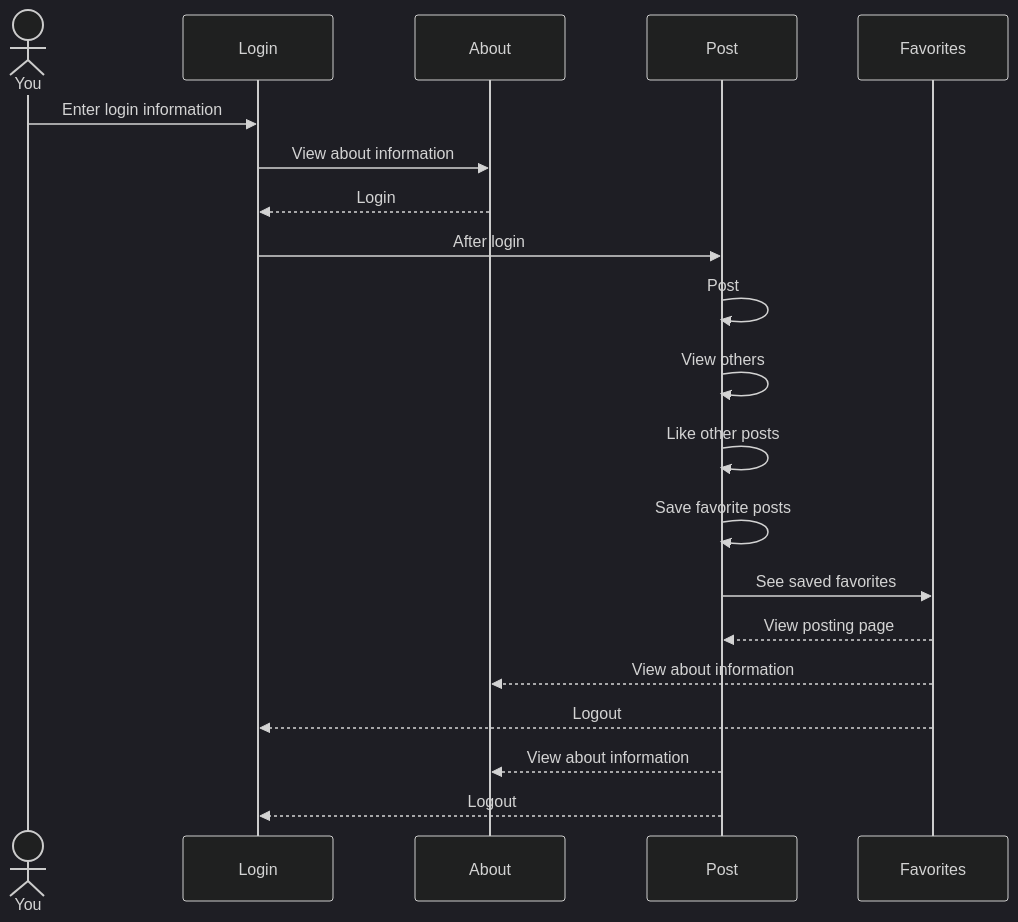
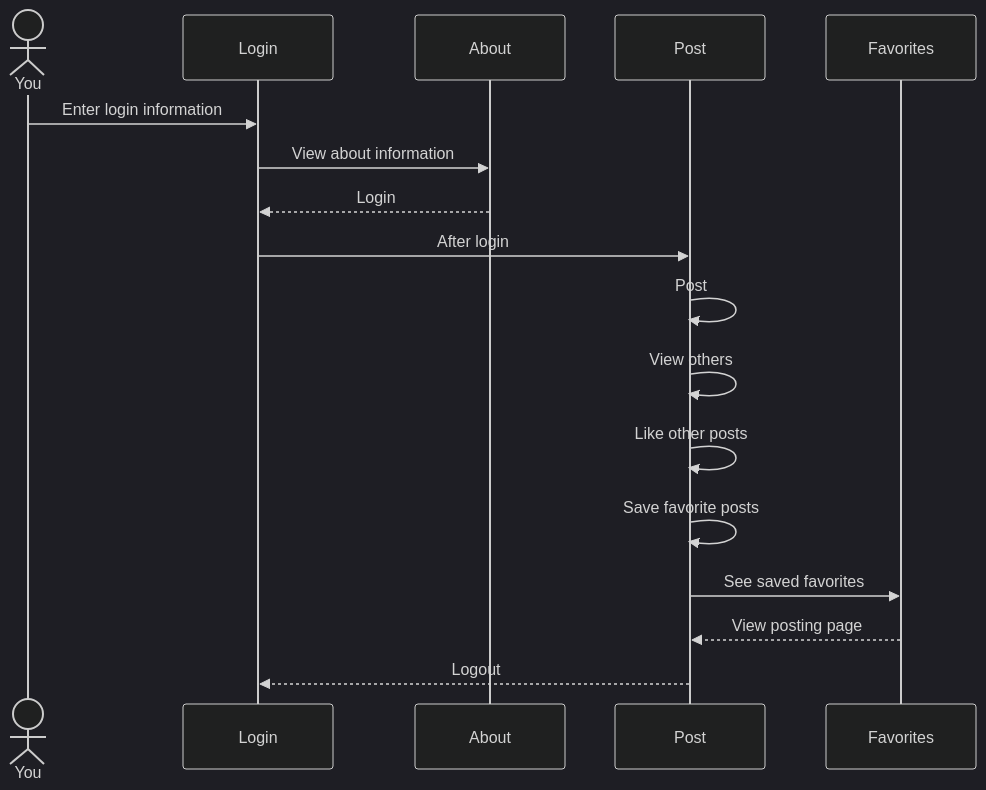
One commit to emerymaxwell8/startup changed the diagram in README.md. Above: the diagram before and after it, drawn with Mermaid (dark theme).

Commit message:
Update sequenceDiagram without extra movements

````diff
--- a/README.md
+++ b/README.md
@@ -39,18 +39,15 @@
 ```mermaid
 sequenceDiagram
     actor You
     You->>Login: Enter login information
     Login->>About: View about information
     About-->>Login: Login
     Login->>Post: After login
     Post->>Post: Post
     Post->>Post: View others
     Post->>Post: Like other posts
     Post->>Post: Save favorite posts
     Post->>Favorites: See saved favorites
     Favorites-->>Post: View posting page
-    Favorites-->>About: View about information
-    Favorites-->>Login: Logout
-    Post-->>About: View about information
     Post-->>Login: Logout
 ```
````
